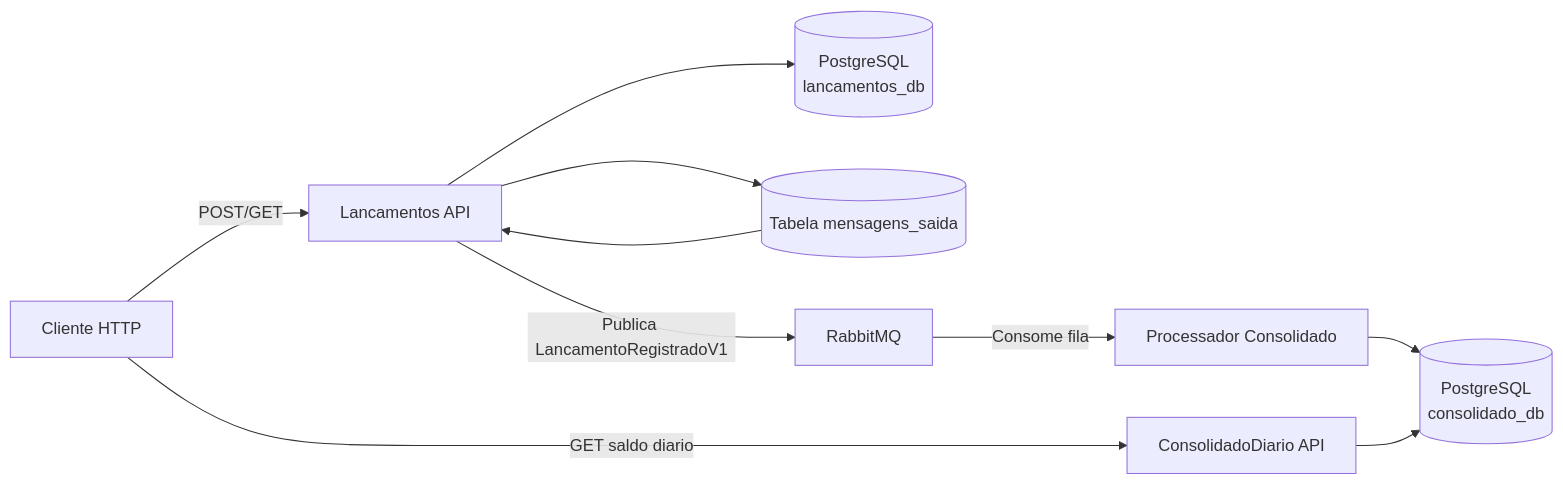
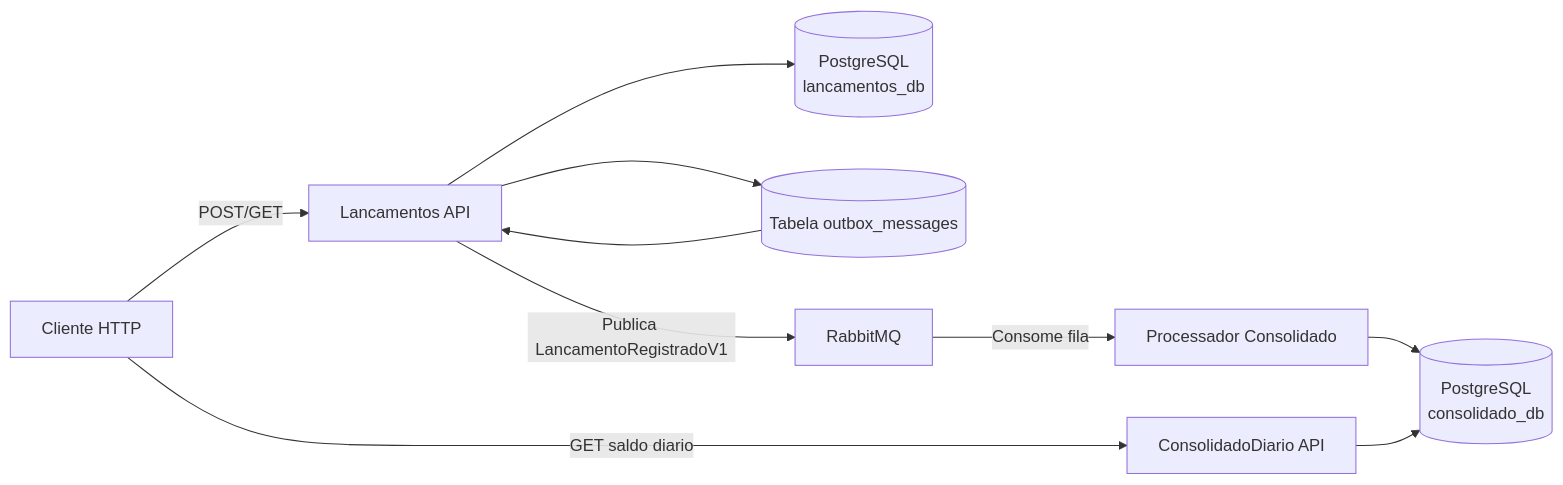
The first of 3 diagrams in docs/DIAGRAMAS.md (w-ess/lancamentos), drawn with Mermaid before and after one commit. The commit also changed other lines of this file and 99 other files, not shown here.

````diff
--- a/docs/DIAGRAMAS.md
+++ b/docs/DIAGRAMAS.md
@@ -7,21 +7,21 @@
 ```mermaid
 flowchart LR
     Cliente[Cliente HTTP]
     LancApi[Lancamentos API]
     LancDb[(PostgreSQL<br/>lancamentos_db)]
-    Outbox[(Tabela mensagens_saida)]
+    Outbox[(Tabela outbox_messages)]
     Rabbit[RabbitMQ]
     Proc[Processador Consolidado]
     ConsDb[(PostgreSQL<br/>consolidado_db)]
     ConsApi[ConsolidadoDiario API]
 
     Cliente -->|POST/GET| LancApi
     LancApi --> LancDb
     LancApi --> Outbox
     Outbox --> LancApi
     LancApi -->|Publica LancamentoRegistradoV1| Rabbit
     Rabbit -->|Consome fila| Proc
     Proc --> ConsDb
     Cliente -->|GET saldo diario| ConsApi
     ConsApi --> ConsDb
 ```
````
